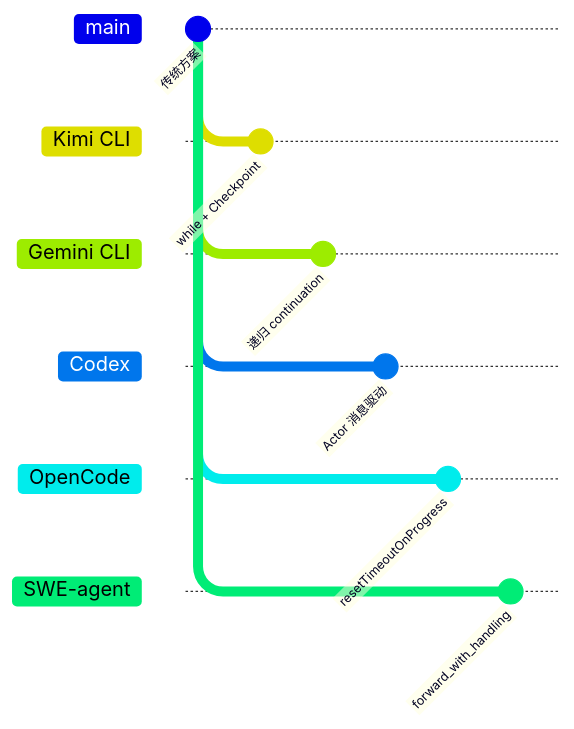
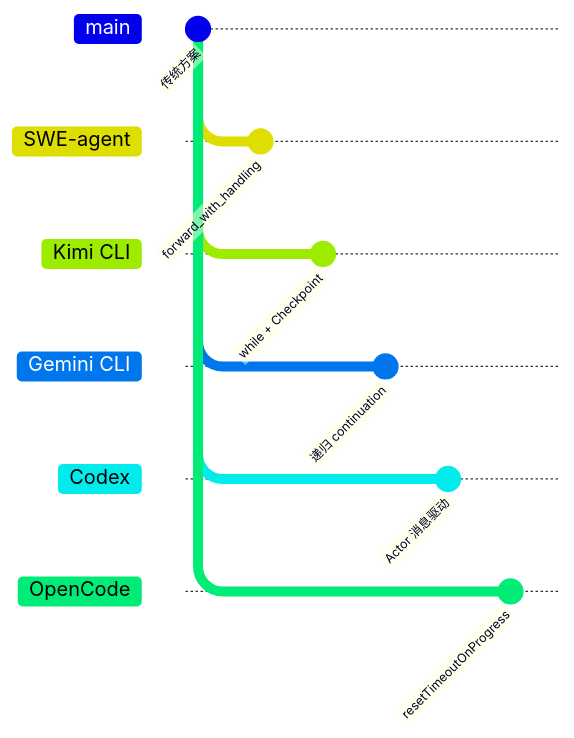
One commit to giraffe-tree/agent-base changed diagram 11 of 11 in docs/kimi-cli/04-kimi-cli-agent-loop.md. Above: the diagram before and after it, drawn with Mermaid. The commit also changed other lines of this file and 155 other files, not shown here.

````diff
--- a/docs/kimi-cli/04-kimi-cli-agent-loop.md
+++ b/docs/kimi-cli/04-kimi-cli-agent-loop.md
@@ -903,23 +925,23 @@
 ```mermaid
 gitGraph
     commit id: "传统方案"
+    branch "SWE-agent"
+    checkout "SWE-agent"
+    commit id: "forward_with_handling"
+    checkout main
     branch "Kimi CLI"
     checkout "Kimi CLI"
     commit id: "while + Checkpoint"
     checkout main
     branch "Gemini CLI"
     checkout "Gemini CLI"
     commit id: "递归 continuation"
     checkout main
     branch "Codex"
     checkout "Codex"
     commit id: "Actor 消息驱动"
     checkout main
     branch "OpenCode"
     checkout "OpenCode"
     commit id: "resetTimeoutOnProgress"
-    checkout main
-    branch "SWE-agent"
-    checkout "SWE-agent"
-    commit id: "forward_with_handling"
 ```
````
